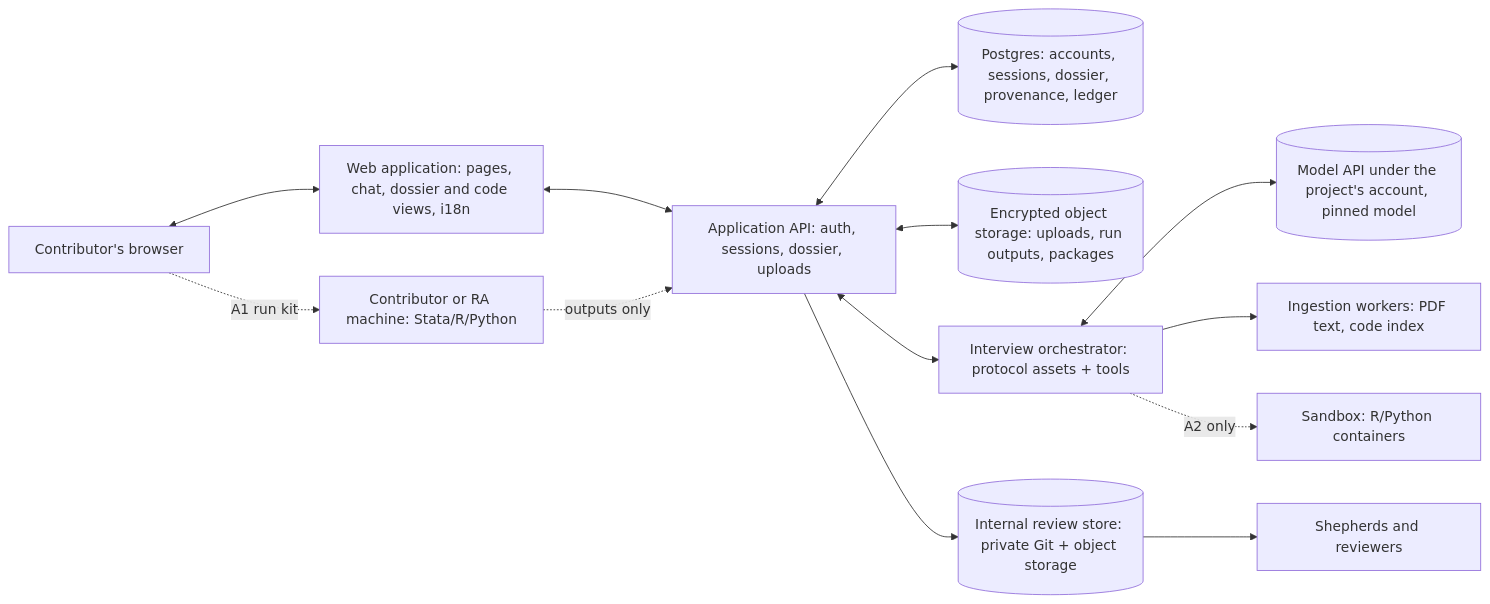
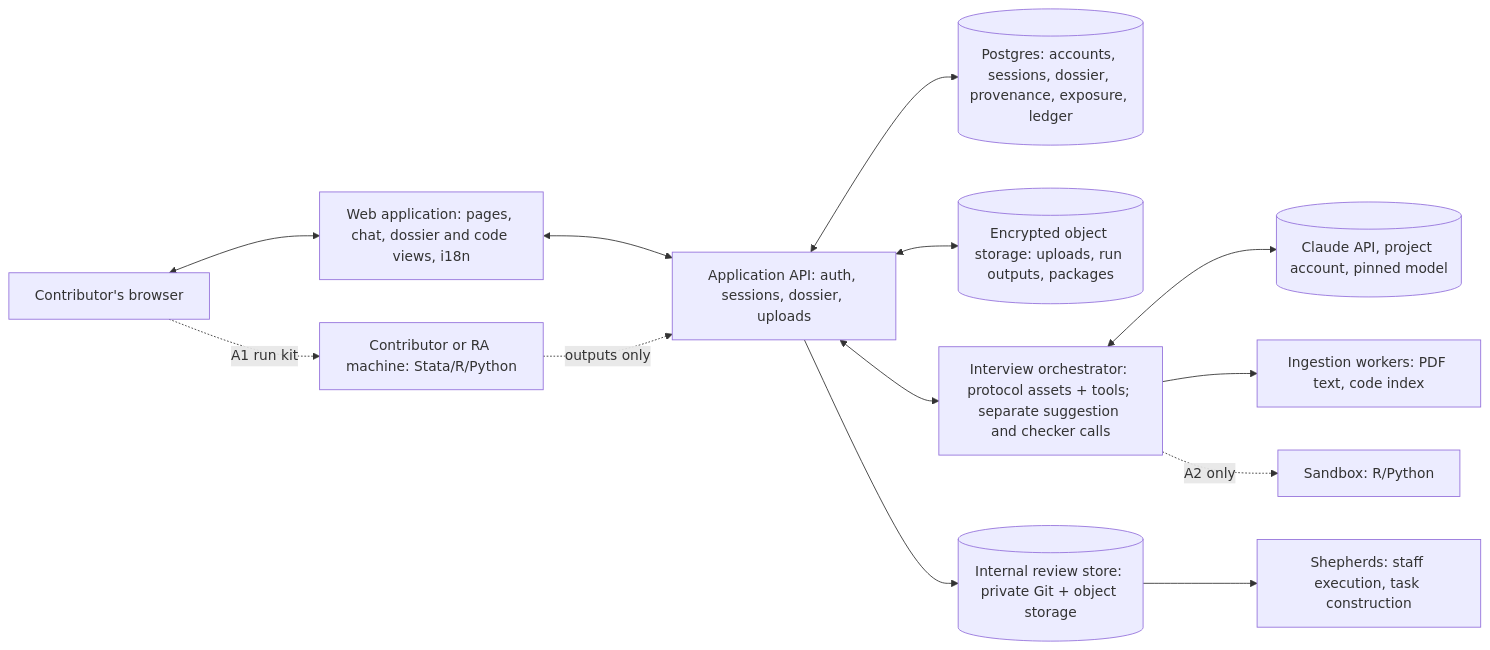
Before and after one commit to Sellyew/Deepecon-Contributtor-Guide-UI: the diagram in docs/architecture/option-a-hosted-platform.md, drawn with Mermaid. The commit also changed other lines of this file and 26 other files, not shown here.

First line of the commit message:
Integrate verified research into methodology, architectures, and brief

````diff
--- a/docs/architecture/option-a-hosted-platform.md
+++ b/docs/architecture/option-a-hosted-platform.md
@@ -55,15 +56,15 @@
 ```mermaid
 flowchart LR
   B[Contributor's browser] <--> W[Web application: pages, chat, dossier and code views, i18n]
   W <--> API[Application API: auth, sessions, dossier, uploads]
-  API <--> DB[(Postgres: accounts, sessions, dossier, provenance, ledger)]
+  API <--> DB[(Postgres: accounts, sessions, dossier, provenance, exposure, ledger)]
   API <--> OS[(Encrypted object storage: uploads, run outputs, packages)]
-  API <--> ORC[Interview orchestrator: protocol assets + tools]
-  ORC <--> LLM[(Model API under the project's account, pinned model)]
+  API <--> ORC[Interview orchestrator: protocol assets + tools; separate suggestion and checker calls]
+  ORC <--> LLM[(Claude API, project account, pinned model)]
   ORC --> IDX[Ingestion workers: PDF text, code index]
-  ORC -. A2 only .-> SB[Sandbox: R/Python containers]
+  ORC -. A2 only .-> SB[Sandbox: R/Python]
   B -. A1 run kit .-> LOC[Contributor or RA machine: Stata/R/Python]
   LOC -. outputs only .-> API
   API --> IR[(Internal review store: private Git + object storage)]
-  IR --> SH[Shepherds and reviewers]
+  IR --> SH[Shepherds: staff execution, task construction]
 ```
````
